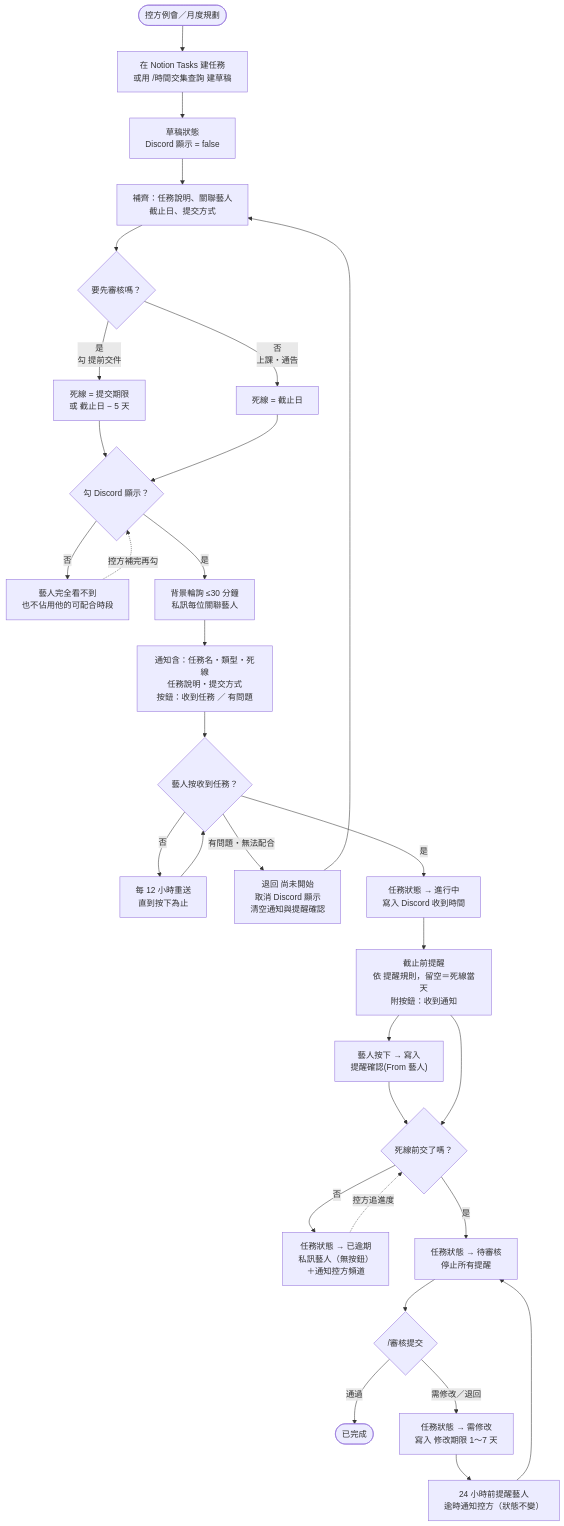
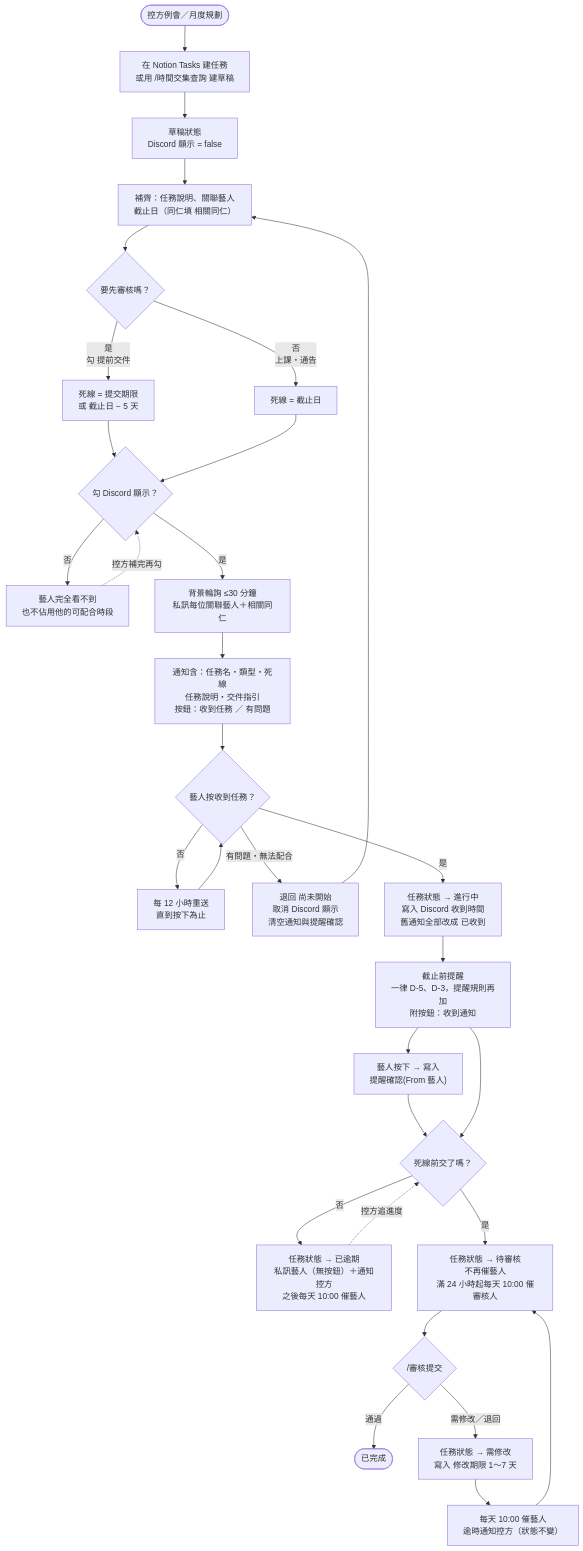
The second of 7 diagrams in docs/foundation/FLOWCHART.md (johnnysun0621/kari-kari-ai-ops), drawn with Mermaid before and after one commit. The commit also changed other lines of this file and 14 other files, not shown here.

````diff
--- a/docs/foundation/FLOWCHART.md
+++ b/docs/foundation/FLOWCHART.md
@@ -67,43 +67,43 @@
 ```mermaid
 flowchart TD
     Start(["控方例會／月度規劃"]) --> Build["在 Notion Tasks 建任務<br/>或用 /時間交集查詢 建草稿"]
     Build --> Draft["草稿狀態<br/>Discord 顯示 = false"]
 
-    Draft --> Fill["補齊：任務說明、關聯藝人<br/>截止日、提交方式"]
+    Draft --> Fill["補齊：任務說明、關聯藝人<br/>截止日（同仁填 相關同仁）"]
     Fill --> NeedEarly{"要先審核嗎？"}
 
     NeedEarly -->|"是<br/>勾 提前交件"| Early["死線 = 提交期限<br/>或 截止日 − 5 天"]
     NeedEarly -->|"否<br/>上課・通告"| Normal["死線 = 截止日"]
 
     Early --> Gate
     Normal --> Gate
 
     Gate{"勾 Discord 顯示？"}
     Gate -->|否| Hidden["藝人完全看不到<br/>也不佔用他的可配合時段"]
     Hidden -.控方補完再勾.-> Gate
 
-    Gate -->|是| Dispatch["背景輪詢 ≤30 分鐘<br/>私訊每位關聯藝人"]
-    Dispatch --> Notify["通知含：任務名・類型・死線<br/>任務說明・提交方式<br/>按鈕：收到任務 ／ 有問題"]
+    Gate -->|是| Dispatch["背景輪詢 ≤30 分鐘<br/>私訊每位關聯藝人＋相關同仁"]
+    Dispatch --> Notify["通知含：任務名・類型・死線<br/>任務說明・交件指引<br/>按鈕：收到任務 ／ 有問題"]
 
     Notify --> Ack{"藝人按收到任務？"}
     Ack -->|否| Nag["每 12 小時重送<br/>直到按下為止"]
     Nag --> Ack
     Ack -->|"有問題・無法配合"| Return["退回 尚未開始<br/>取消 Discord 顯示<br/>清空通知與提醒確認"]
     Return --> Fill
-    Ack -->|是| Doing["任務狀態 → 進行中<br/>寫入 Discord 收到時間"]
+    Ack -->|是| Doing["任務狀態 → 進行中<br/>寫入 Discord 收到時間<br/>舊通知全部改成 已收到"]
 
-    Doing --> Remind["截止前提醒<br/>依 提醒規則，留空＝死線當天<br/>附按鈕：收到通知"]
+    Doing --> Remind["截止前提醒<br/>一律 D-5、D-3，提醒規則再加<br/>附按鈕：收到通知"]
     Remind --> AckLog["藝人按下 → 寫入<br/>提醒確認(From 藝人)"]
 
     AckLog --> Submit{"死線前交了嗎？"}
     Remind --> Submit
-    Submit -->|否| Overdue["任務狀態 → 已逾期<br/>私訊藝人（無按鈕）<br/>＋通知控方頻道"]
+    Submit -->|否| Overdue["任務狀態 → 已逾期<br/>私訊藝人（無按鈕）＋通知控方<br/>之後每天 10:00 催藝人"]
     Overdue -.控方追進度.-> Submit
 
-    Submit -->|是| Review["任務狀態 → 待審核<br/>停止所有提醒"]
+    Submit -->|是| Review["任務狀態 → 待審核<br/>不再催藝人<br/>滿 24 小時起每天 10:00 催審核人"]
     Review --> Judge{"/審核提交"}
     Judge -->|通過| Done(["已完成"])
     Judge -->|"需修改／退回"| Fix["任務狀態 → 需修改<br/>寫入 修改期限 1～7 天"]
-    Fix --> Refix["24 小時前提醒藝人<br/>逾時通知控方（狀態不變）"]
+    Fix --> Refix["每天 10:00 催藝人<br/>逾時通知控方（狀態不變）"]
     Refix --> Review
 ```
````
